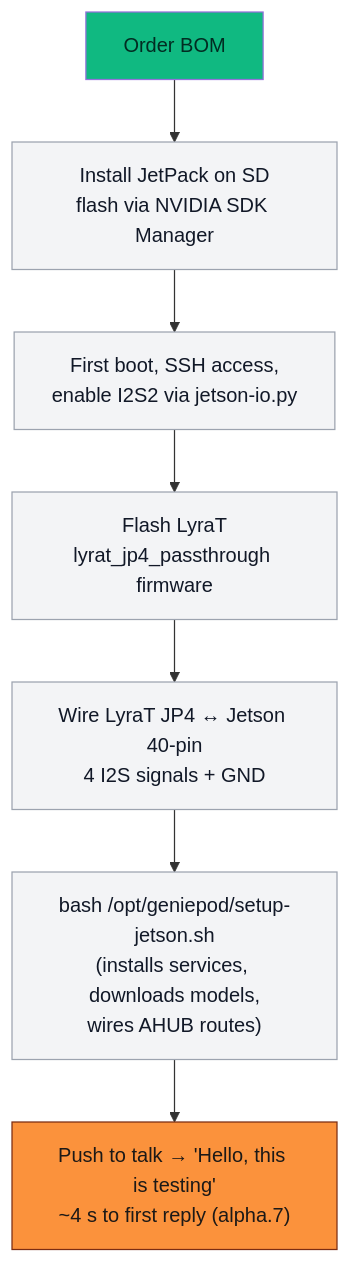
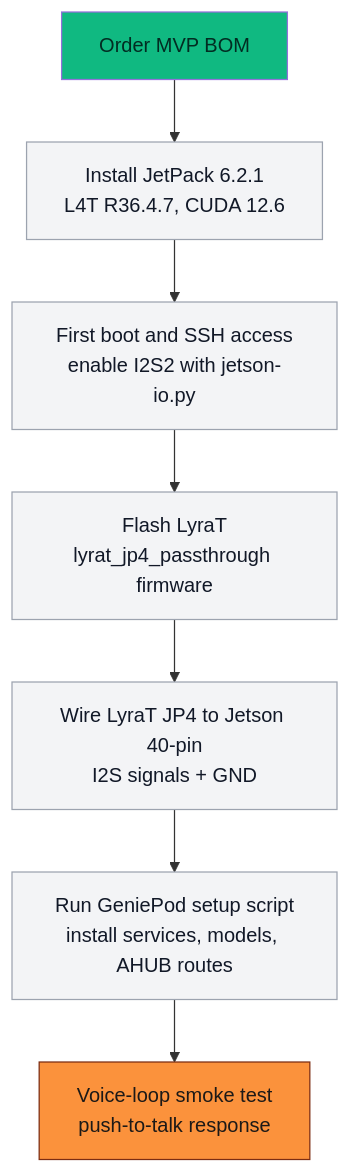
Before and after one commit to GeniePod/genie-hardware: the second of 2 diagrams in README.md, drawn with Mermaid. The commit also changed other lines of this file and 8 other files, not shown here.

````diff
--- a/README.md
+++ b/README.md
@@ -89,16 +92,16 @@
 ```mermaid
 flowchart TD
-    A[Order BOM] --> B[Install JetPack on SD<br/>flash via NVIDIA SDK Manager]
-    B --> C[First boot, SSH access,<br/>enable I2S2 via jetson-io.py]
+    A[Order MVP BOM] --> B[Install JetPack 6.2.1<br/>L4T R36.4.7, CUDA 12.6]
+    B --> C[First boot and SSH access<br/>enable I2S2 with jetson-io.py]
     C --> D[Flash LyraT<br/>lyrat_jp4_passthrough firmware]
-    D --> E[Wire LyraT JP4 ↔ Jetson 40-pin<br/>4 I2S signals + GND]
-    E --> F["bash /opt/geniepod/setup-jetson.sh<br/>(installs services, downloads models,<br/>wires AHUB routes)"]
-    F --> G["Push to talk → 'Hello, this is testing'<br/>~4 s to first reply (alpha.7)"]
+    D --> E[Wire LyraT JP4 to Jetson 40-pin<br/>I2S signals + GND]
+    E --> F["Run GeniePod setup script<br/>install services, models, AHUB routes"]
+    F --> G["Voice-loop smoke test<br/>push-to-talk response"]
 
     classDef start fill:#10b981,color:#022c22;
     classDef step fill:#f3f4f6,stroke:#9ca3af,color:#111827;
     classDef done fill:#fb923c,stroke:#7c2d12,color:#1c1917;
     class A start;
     class B,C,D,E,F step;
     class G done;
 ```
````
